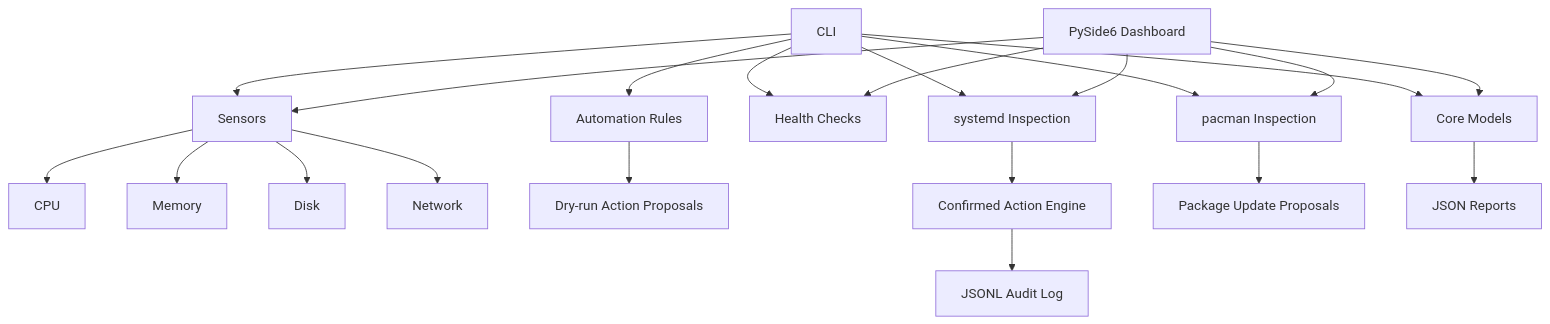
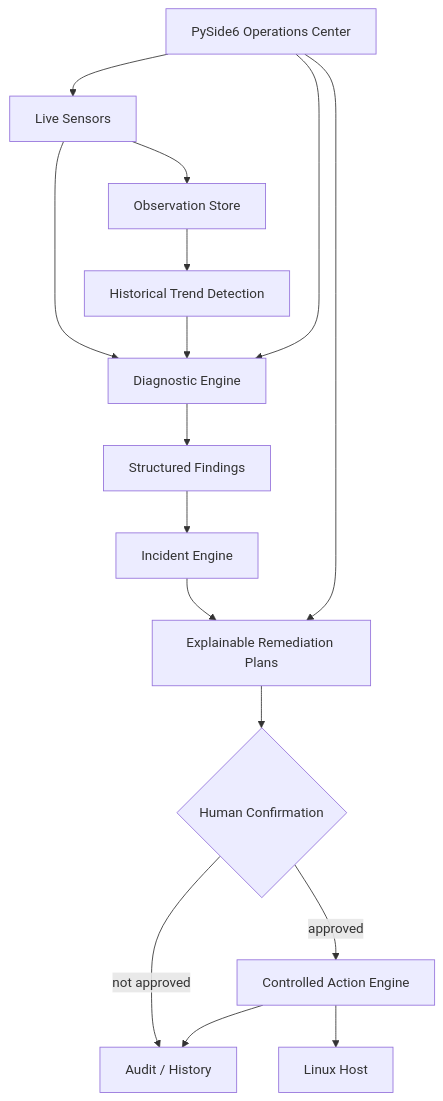
The diagram in README.md (UseBrainNoL0ve/nexus), drawn with Mermaid before and after one commit. The commit also changed other lines of this file, not shown here.

Commit message:
docs: refresh README for diagnostics and incident architecture

````diff
--- a/README.md
+++ b/README.md
@@ -31,23 +57,18 @@
 ```mermaid
 flowchart TD
-    CLI[CLI] --> CORE[Core Models]
-    GUI[PySide6 Dashboard] --> CORE
-    CLI --> SENSORS[Sensors]
-    GUI --> SENSORS
-    CLI --> DOCTOR[Health Checks]
-    GUI --> DOCTOR
-    CLI --> RULES[Automation Rules]
-    CLI --> SYSTEMD[systemd Inspection]
-    GUI --> SYSTEMD
-    CLI --> PACMAN[pacman Inspection]
-    GUI --> PACMAN
-    SENSORS --> CPU[CPU]
-    SENSORS --> MEM[Memory]
-    SENSORS --> DISK[Disk]
-    SENSORS --> NET[Network]
-    RULES --> PLAN[Dry-run Action Proposals]
-    SYSTEMD --> ACTIONS[Confirmed Action Engine]
-    PACMAN --> PACKAGE_PLAN[Package Update Proposals]
-    ACTIONS --> AUDIT[JSONL Audit Log]
-    CORE --> REPORT[JSON Reports]
+    OBS[Live Sensors] --> HIST[Observation Store]
+    OBS --> DIAG[Diagnostic Engine]
+    HIST --> TREND[Historical Trend Detection]
+    TREND --> DIAG
+    DIAG --> FINDINGS[Structured Findings]
+    FINDINGS --> INCIDENTS[Incident Engine]
+    INCIDENTS --> PLAN[Explainable Remediation Plans]
+    PLAN --> CONFIRM{Human Confirmation}
+    CONFIRM -->|approved| ACTIONS[Controlled Action Engine]
+    CONFIRM -->|not approved| AUDIT[Audit / History]
+    ACTIONS --> AUDIT
+    ACTIONS --> HOST[Linux Host]
+    GUI[PySide6 Operations Center] --> OBS
+    GUI --> DIAG
+    GUI --> PLAN
 ```
````
